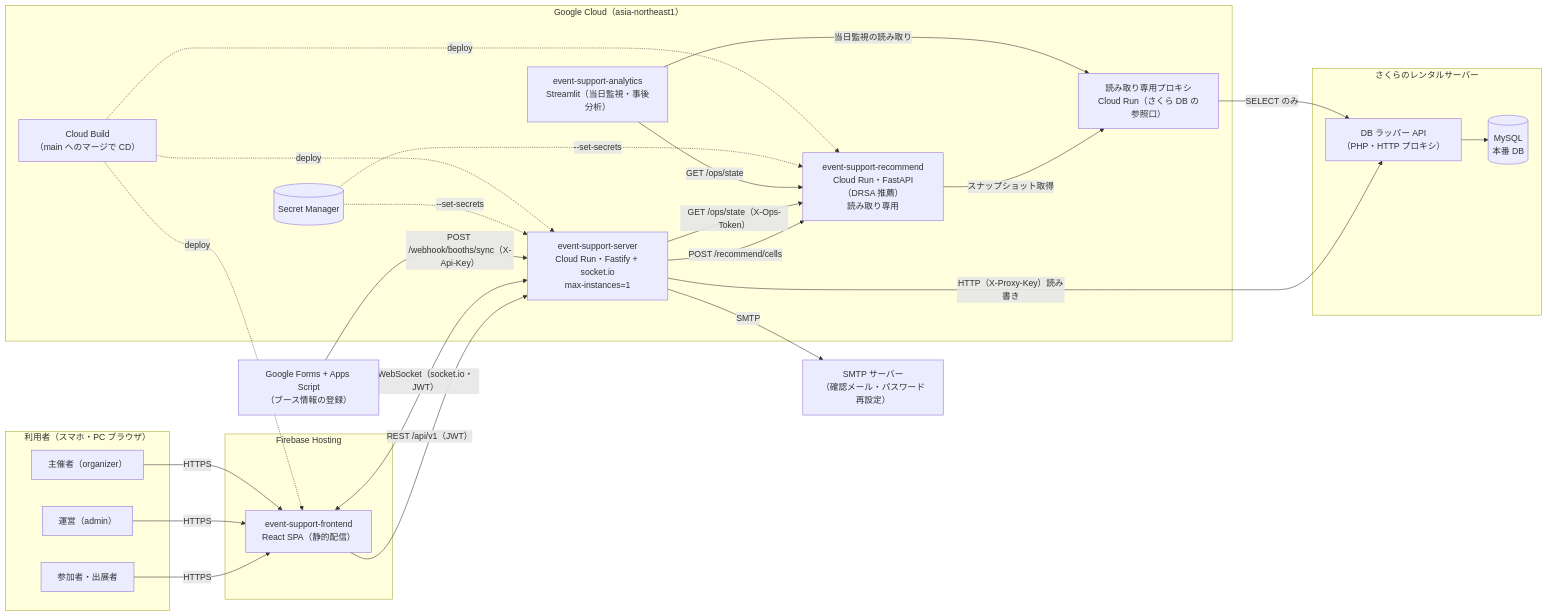
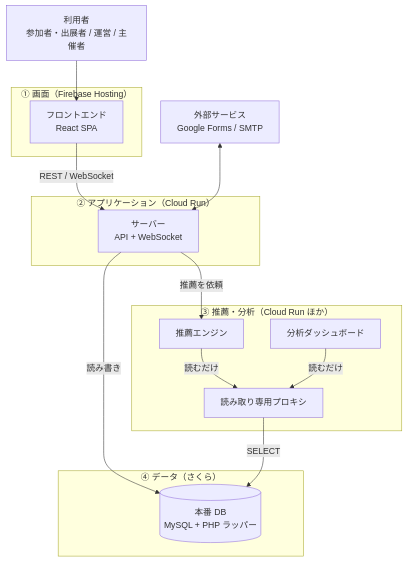
One commit to KDIX-SDL-EventSupportAppTeam/event-support-server changed the first of 7 diagrams in docs/reference/system-architecture.md. Above: the diagram before and after it, drawn with Mermaid. The commit also changed other lines of this file, not shown here.

Commit message:
docs: 全体図をレイヤー構成と領域別の図に分割して見やすくした

````diff
--- a/docs/reference/system-architecture.md
+++ b/docs/reference/system-architecture.md
@@ -14,45 +16,32 @@
 ```mermaid
-flowchart LR
-  subgraph Users["利用者（スマホ・PC ブラウザ）"]
-    P["参加者・出展者"]
-    A["運営（admin）"]
-    O["主催者（organizer）"]
+flowchart TB
+  U["利用者<br/>参加者・出展者 / 運営 / 主催者"]
+
+  subgraph L1["① 画面（Firebase Hosting）"]
+    FE["フロントエンド<br/>React SPA"]
   end
 
-  subgraph Firebase["Firebase Hosting"]
-    FE["event-support-frontend<br/>React SPA（静的配信）"]
+  subgraph L2["② アプリケーション（Cloud Run）"]
+    SV["サーバー<br/>API + WebSocket"]
   end
 
-  subgraph GCP["Google Cloud（asia-northeast1）"]
-    SV["event-support-server<br/>Cloud Run・Fastify + socket.io<br/>max-instances=1"]
-    RC["event-support-recommend<br/>Cloud Run・FastAPI（DRSA 推薦）<br/>読み取り専用"]
-    RO["読み取り専用プロキシ<br/>Cloud Run（さくら DB の参照口）"]
-    AN["event-support-analytics<br/>Streamlit（当日監視・事後分析）"]
-    SM[("Secret Manager")]
-    CB["Cloud Build<br/>（main へのマージで CD）"]
+  subgraph L3["③ 推薦・分析（Cloud Run ほか）"]
+    RC["推薦エンジン"]
+    AN["分析ダッシュボード"]
+    RO["読み取り専用プロキシ"]
   end
 
-  subgraph Sakura["さくらのレンタルサーバー"]
-    PX["DB ラッパー API<br/>（PHP・HTTP プロキシ）"]
-    DB[("MySQL<br/>本番 DB")]
+  subgraph L4["④ データ（さくら）"]
+    DB[("本番 DB<br/>MySQL + PHP ラッパー")]
   end
 
-  GF["Google Forms + Apps Script<br/>（ブース情報の登録）"]
-  SMTP["SMTP サーバー<br/>（確認メール・パスワード再設定）"]
+  EXT["外部サービス<br/>Google Forms / SMTP"]
 
-  P & A & O -->|HTTPS| FE
-  FE -->|"REST /api/v1（JWT）"| SV
-  FE <-->|"WebSocket（socket.io・JWT）"| SV
-  SV -->|"HTTP（X-Proxy-Key）読み書き"| PX
-  PX --> DB
-  SV -->|"POST /recommend/cells"| RC
-  SV -->|"GET /ops/state（X-Ops-Token）"| RC
-  RC -->|"スナップショット取得"| RO
-  AN -->|"当日監視の読み取り"| RO
-  AN -->|"GET /ops/state"| RC
-  RO -->|"SELECT のみ"| PX
-  GF -->|"POST /webhook/booths/sync（X-Api-Key）"| SV
-  SV -->|SMTP| SMTP
-  SM -.->|"--set-secrets"| SV & RC
-  CB -.->|deploy| SV & RC & FE
+  U --> FE
+  FE -->|"REST / WebSocket"| SV
+  SV -->|"読み書き"| DB
+  SV -->|"推薦を依頼"| RC
+  RC & AN -->|"読むだけ"| RO
+  RO -->|"SELECT"| DB
+  EXT <--> SV
 ```
````
